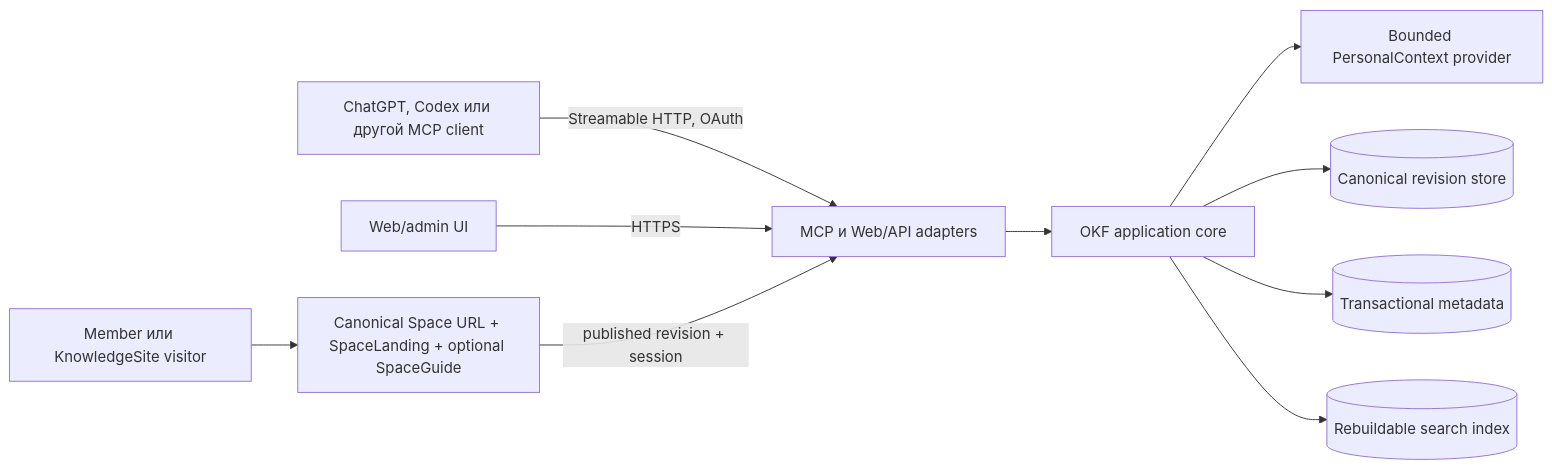
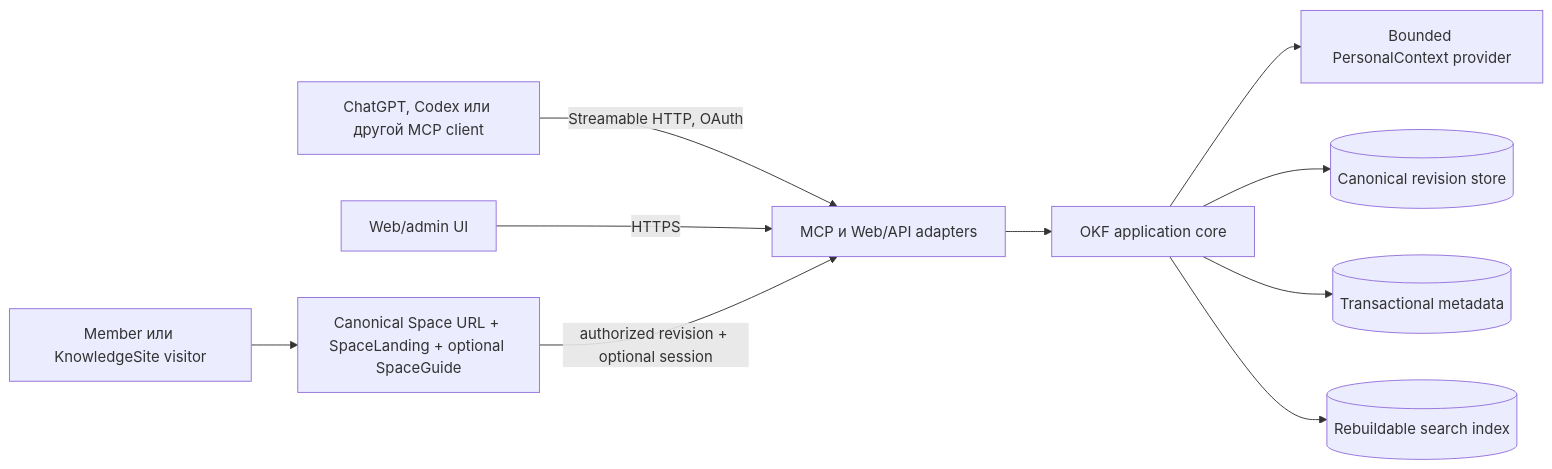
Before and after one commit to xxsrez/MindDiary: the diagram in docs/architecture.md, drawn with Mermaid. The commit also changed other lines of this file and 10 other files, not shown here.

````diff
--- a/docs/architecture.md
+++ b/docs/architecture.md
@@ -28,23 +28,23 @@
 ```mermaid
 flowchart LR
     Agent[ChatGPT, Codex или другой MCP client]
     Admin[Web/admin UI]
     Visitor[Member или KnowledgeSite visitor]
     Site[Canonical Space URL + SpaceLanding + optional SpaceGuide]
     Edge[MCP и Web/API adapters]
     Core[OKF application core]
     Canon[(Canonical revision store)]
     Meta[(Transactional metadata)]
     Index[(Rebuildable search index)]
     Personal[Bounded PersonalContext provider]
 
     Agent -->|Streamable HTTP, OAuth| Edge
     Admin -->|HTTPS| Edge
     Visitor --> Site
-    Site -->|published revision + session| Edge
+    Site -->|authorized revision + optional session| Edge
     Edge --> Core
     Core --> Personal
     Core --> Canon
     Core --> Meta
     Core --> Index
 ```
````
